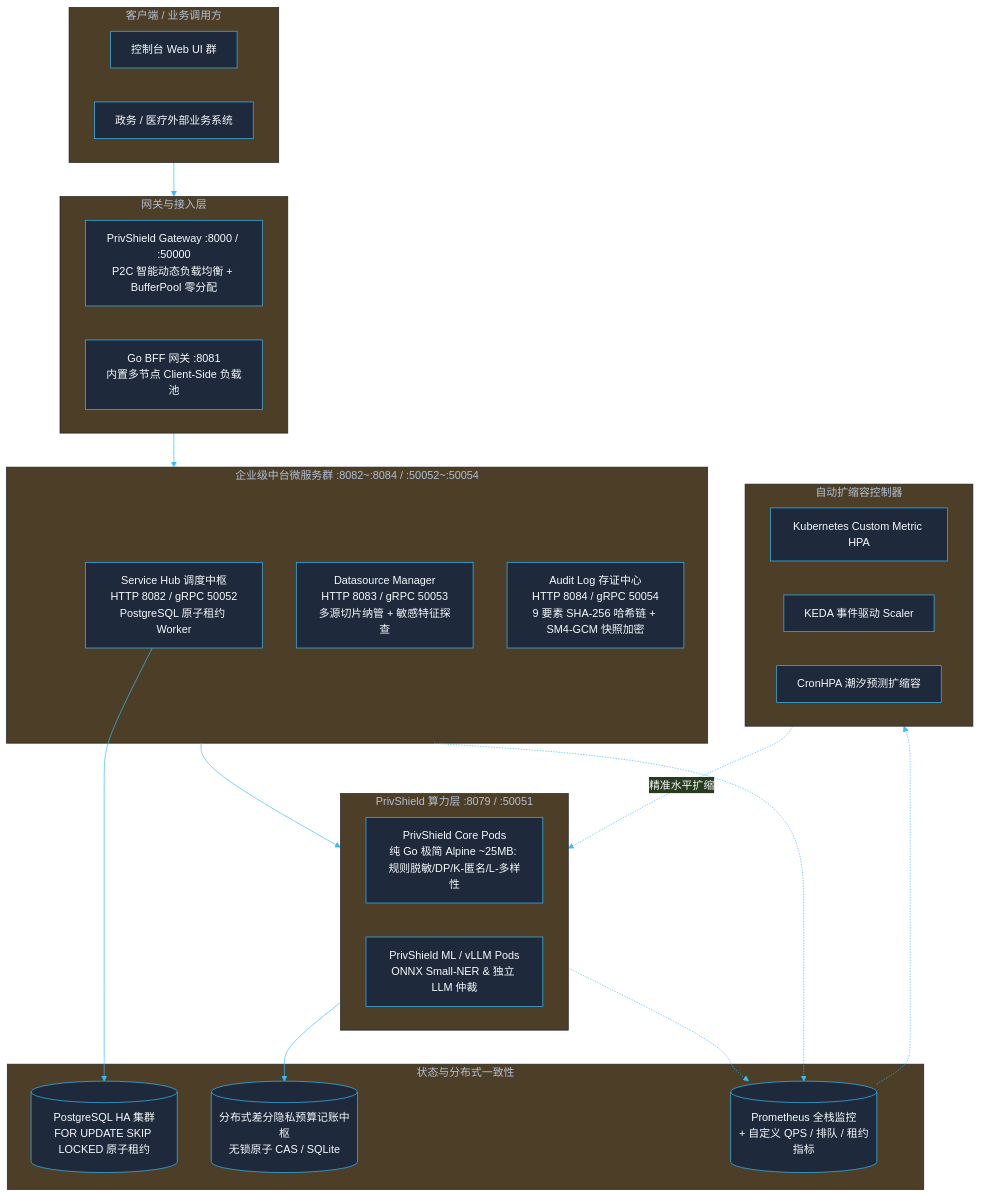
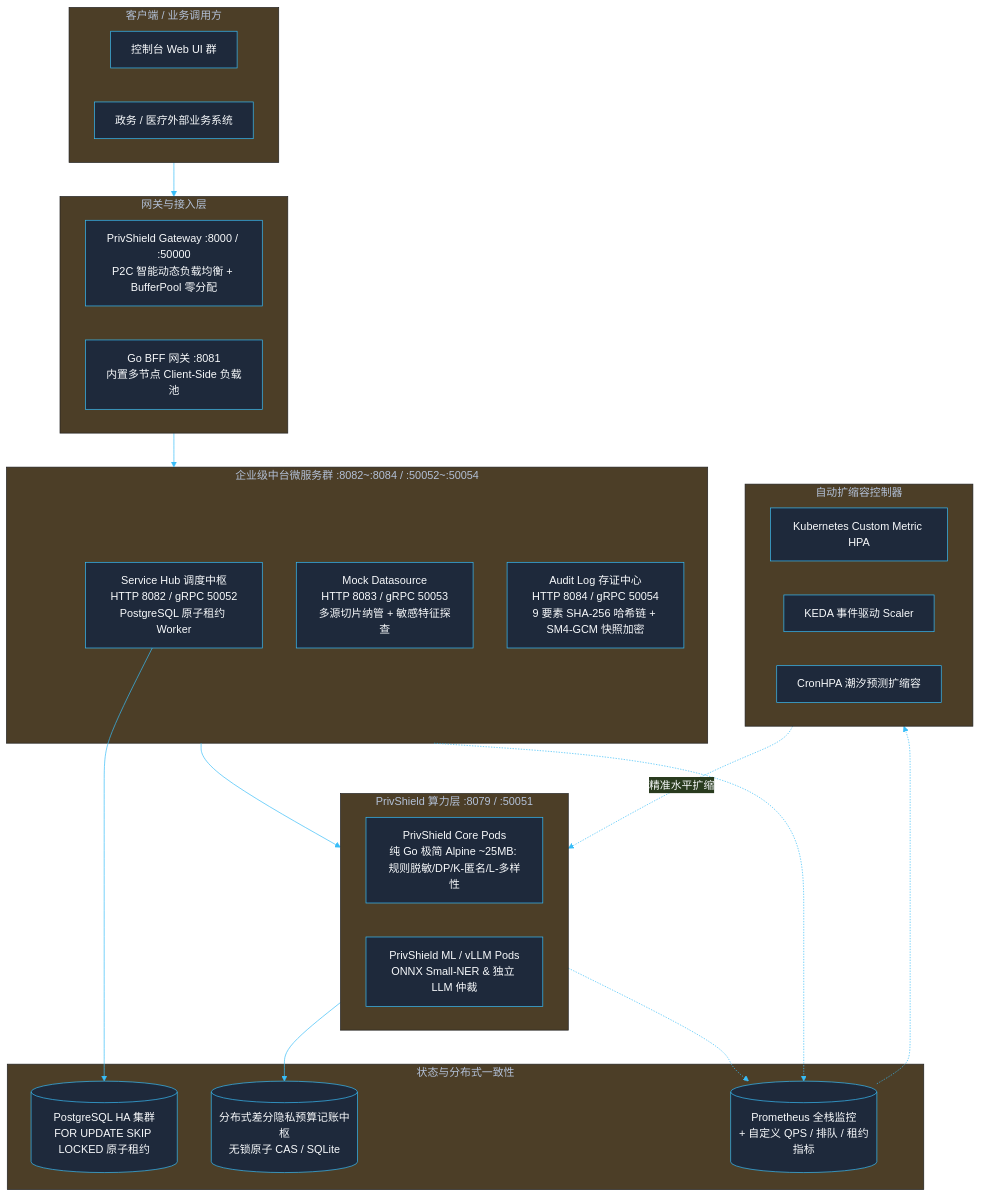
Before and after one commit to fengzhizi319/PrivShield-go: the diagram in docs/architecture/production_optimization_design.md, drawn with Mermaid. The commit also changed other lines of this file and 10 other files, not shown here.

Commit message:
docs(architecture): align all architecture documents with v3.0 specification

````diff
--- a/docs/architecture/production_optimization_design.md
+++ b/docs/architecture/production_optimization_design.md
@@ -23,46 +23,46 @@
 ```mermaid
 %%{init: {'theme': 'base', 'themeVariables': { 'primaryColor': '#1e293b', 'primaryTextColor': '#f8fafc', 'primaryBorderColor': '#38bdf8', 'lineColor': '#38bdf8' }}}%%
 flowchart TD
     subgraph Clients [客户端 / 业务调用方]
         WebUI[控制台 Web UI 群]
         GovAPI[政务 / 医疗外部业务系统]
     end
 
     subgraph GatewayLayer [网关与接入层]
         GoGateway[PrivShield Gateway :8000 / :50000<br/>P2C 智能动态负载均衡 + BufferPool 零分配]
         GoBFF[Go BFF 网关 :8081<br/>内置多节点 Client-Side 负载池]
     end
 
     subgraph ServiceMesh [企业级中台微服务群 :8082~:8084 / :50052~:50054]
         ServiceHub[Service Hub 调度中枢<br/>HTTP 8082 / gRPC 50052<br/>PostgreSQL 原子租约 Worker]
-        DatasourceMgr[Datasource Manager<br/>HTTP 8083 / gRPC 50053<br/>多源切片纳管 + 敏感特征探查]
+        DatasourceMgr[Mock Datasource<br/>HTTP 8083 / gRPC 50053<br/>多源切片纳管 + 敏感特征探查]
         AuditLog[Audit Log 存证中心<br/>HTTP 8084 / gRPC 50054<br/>9 要素 SHA-256 哈希链 + SM4-GCM 快照加密]
     end
 
     subgraph ComputeEngines [PrivShield 算力层 :8079 / :50051]
         AgentCore[PrivShield Core Pods<br/>纯 Go 极简 Alpine ~25MB: 规则脱敏/DP/K-匿名/L-多样性]
         AgentML[PrivShield ML / vLLM Pods<br/>ONNX Small-NER & 独立 LLM 仲裁]
     end
 
     subgraph StorageAndConsistency [状态与分布式一致性]
         PGCluster[(PostgreSQL HA 集群<br/>FOR UPDATE SKIP LOCKED 原子租约)]
         BudgetDB[(分布式差分隐私预算记账中枢<br/>无锁原子 CAS / SQLite)]
         Prometheus[(Prometheus 全栈监控<br/>+ 自定义 QPS / 排队 / 租约指标)]
     end
 
     subgraph ScalingControl [自动扩缩容控制器]
         HPA[Kubernetes Custom Metric HPA]
         KEDA[KEDA 事件驱动 Scaler]
         CronHPA[CronHPA 潮汐预测扩缩容]
     end
 
     Clients --> GatewayLayer
     GatewayLayer --> ServiceMesh
     ServiceMesh --> ComputeEngines
     ServiceHub --> PGCluster
     ComputeEngines --> BudgetDB
     ComputeEngines -.-> Prometheus
     ServiceMesh -.-> Prometheus
     Prometheus -.-> ScalingControl
     ScalingControl -.->|精准水平扩缩| ComputeEngines
 ```
````
